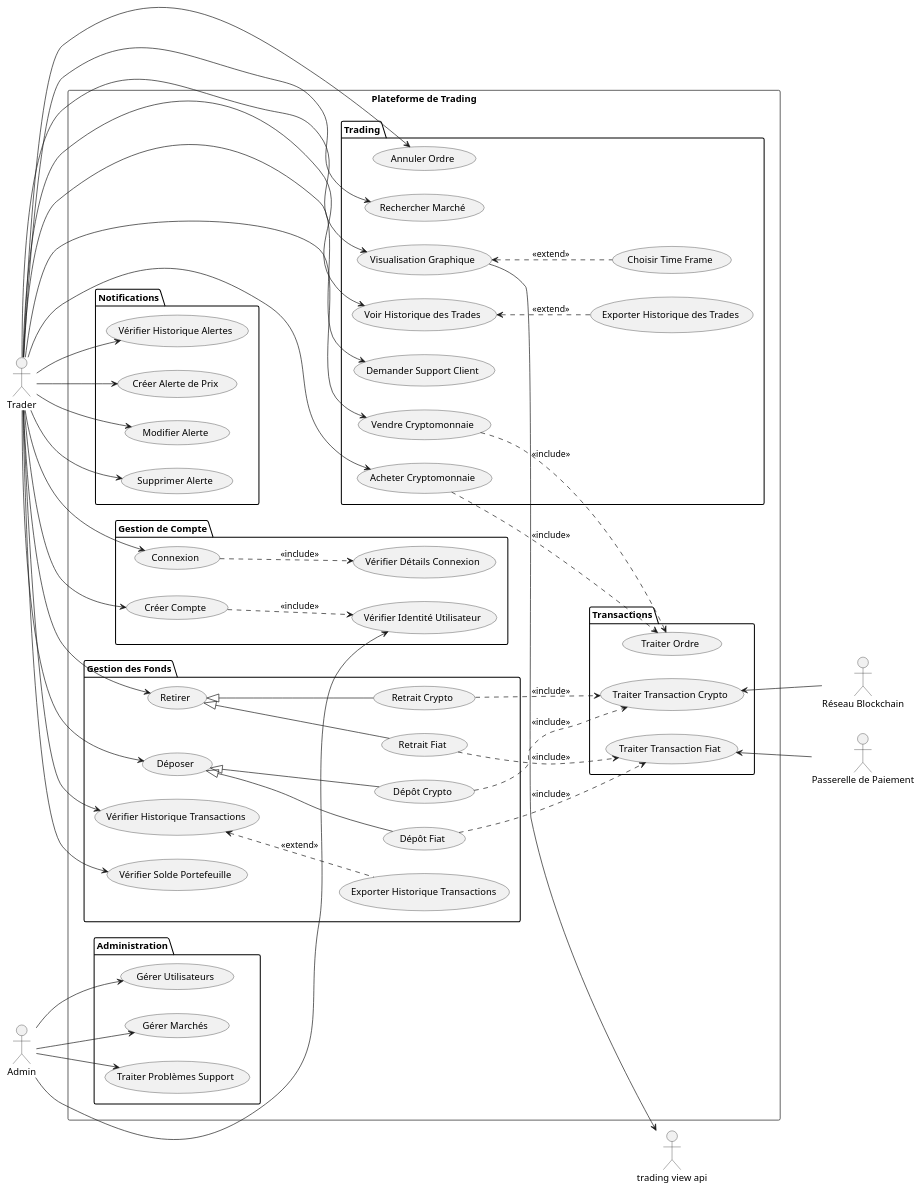
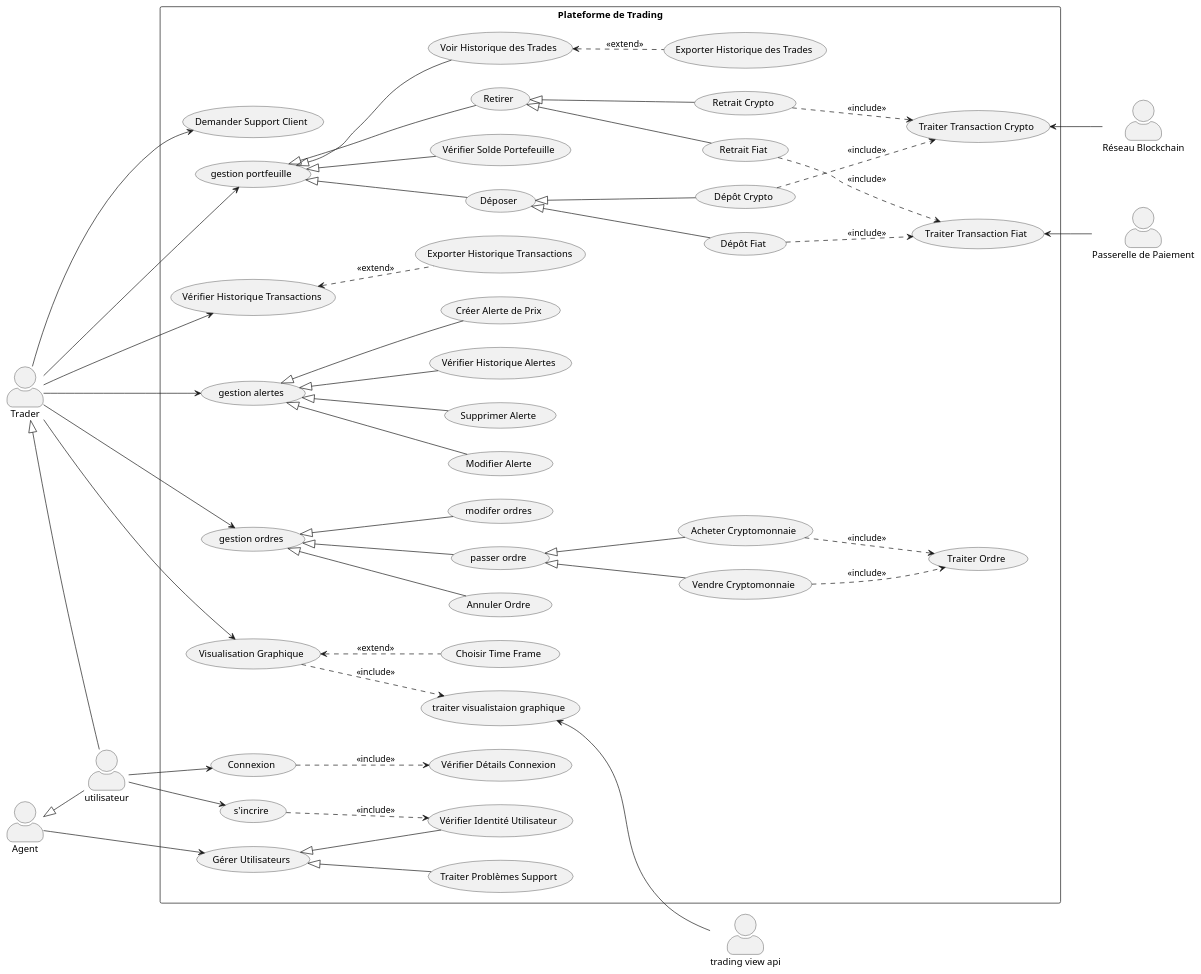
The diagram in Diagrams/Unofficial/usecase_francais.plantuml (Hsouna-M/TradingPlatformConception), drawn with PlantUML before and after one commit. The commit also changed 6 other files, not shown here.

```diff
--- a/Diagrams/Unofficial/usecase_francais.plantuml
+++ b/Diagrams/Unofficial/usecase_francais.plantuml
@@ -1,136 +1,135 @@
 @startuml tradingPlatform
 left to right direction
+skinparam actorStyle awesome
 
-
+actor "utilisateur" as user
 actor "Trader" as t
-actor "Admin" as a
+actor "Agent" as a
 actor "Réseau Blockchain" as blockchainNetwork
 actor "Passerelle de Paiement" as PaymentGateway
 actor "trading view api" as trading_api
 
-
+a <|-- user
+t <|-- user
 
 rectangle "Plateforme de Trading" {
 
-    package Transactions{
         usecase "Traiter Transaction Crypto" as miningTransaction
         usecase "Traiter Transaction Fiat" as fiatAuthConf
         usecase "Traiter Ordre" as processOrder
 
-    }
-    package Trading{
 
         usecase "Annuler Ordre" as CancelOrder
-        usecase "Rechercher Marché" as search
         usecase "Visualisation Graphique" as chart_visual
+        usecase "traiter visualistaion graphique" as traitgraph
+        chart_visual ..> traitgraph : <<include>> 
+         traitgraph <-- trading_api 
+        t --> chart_visual
+                 
 
         usecase "Choisir Time Frame" as time_frame
 
         usecase "Voir Historique des Trades" as hist_trade
 
         usecase "Exporter Historique des Trades" as export
 
         usecase "Demander Support Client" as clientSupport
+        usecase "passer ordre" as passorder
         usecase "Acheter Cryptomonnaie" as buy
         usecase "Vendre Cryptomonnaie" as sell
+        passorder <|-- buy
+        passorder <|-- sell 
 
         chart_visual <.. time_frame : <<extend>>
         hist_trade <.. export : <<extend>>
 
 
-}
 
 buy ..> processOrder : <<include>>
 sell ..> processOrder : <<include>>
 
-    package "Gestion des Fonds"{
-
+        usecase "gestion portfeuille" as gererPortfeuille
         usecase "Déposer" as deposit
         usecase "Dépôt Crypto" as depositCrypto
         usecase "Dépôt Fiat" as depositFiat
         usecase "Retirer" as withdraw
         usecase "Retrait Crypto" as withdrawCrypto
         usecase "Retrait Fiat" as withdrawFiat
+        gererPortfeuille <|-- deposit
+        gererPortfeuille <|-- withdraw 
+        gererPortfeuille <|-- hist_trade 
 
         usecase "Vérifier Historique Transactions" as transactionHistory
         usecase "Vérifier Solde Portefeuille" as balanceHistory
         usecase "Exporter Historique Transactions" as transactionHistory_export
 
         withdraw <|-- withdrawFiat
         withdraw <|-- withdrawCrypto
         deposit <|-- depositCrypto
         deposit <|-- depositFiat
         transactionHistory <.. transactionHistory_export : <<extend>>
 
 
-     }
 
 withdrawCrypto ..> miningTransaction  : <<include>>
 depositCrypto ..> miningTransaction : <<include>>
 withdrawFiat ..> fiatAuthConf  : <<include>>
 depositFiat ..> fiatAuthConf  : <<include>>
 
-   package Notifications {
 
         usecase "Vérifier Historique Alertes" as notif_history
         usecase "Créer Alerte de Prix" as createAlert
+        usecase "gestion alertes" as gererAlerets
         usecase "Modifier Alerte" as modifyAlert
         usecase "Supprimer Alerte" as deleteAlert
+        gererAlerets <|-- modifyAlert
+        gererAlerets <|-- deleteAlert 
 
 
 
-    }
 
-    package "Gestion de Compte"{
-
-        usecase "Créer Compte" as register
         usecase "Connexion" as login
         usecase "Vérifier Détails Connexion" as verifyLogin
         usecase "Vérifier Identité Utilisateur" as verify_identity
 
         login ..> verifyLogin : <<include>>
+        usecase "s'incrire" as register
         register ..> verify_identity : <<include>>
 
-     }
-    package Administration{
 
         usecase "Gérer Utilisateurs" as manage_users
-        usecase "Gérer Marchés" as manage_markets
         usecase "Traiter Problèmes Support" as handleSupport
-     }
+
+        usecase "gestion ordres" as gestionOrdre
+        usecase "modifer ordres" as modifOrder
+        gestionOrdre <|-- passorder
+        gestionOrdre <|-- CancelOrder 
+        gestionOrdre <|-- modifOrder 
+        gererPortfeuille <|-- balanceHistory 
+
+}
 
 
-t --> sell
-t --> buy
-t --> chart_visual
-t --> search
-t --> CancelOrder
-t --> hist_trade
+
+t --> gestionOrdre 
 t --> clientSupport
 
-t --> withdraw
-t --> deposit
+t --> gererPortfeuille 
 t --> transactionHistory
-t --> balanceHistory
 
-t --> register
-t --> login
+user --> register
+user --> login
 
-t --> createAlert
-t --> modifyAlert
-t --> notif_history
-t --> deleteAlert
+gererAlerets <|-- createAlert
+gererAlerets  <|-- notif_history
+t --> gererAlerets 
 
 a --> manage_users
-a --> manage_markets
-a --> handleSupport
+manage_users <|-- handleSupport
+manage_users <|-- verify_identity 
 
-a --> verify_identity
-
-chart_visual --> trading_api
 
 fiatAuthConf <-- PaymentGateway
 miningTransaction <-- blockchainNetwork
-}
 
 @enduml
```
